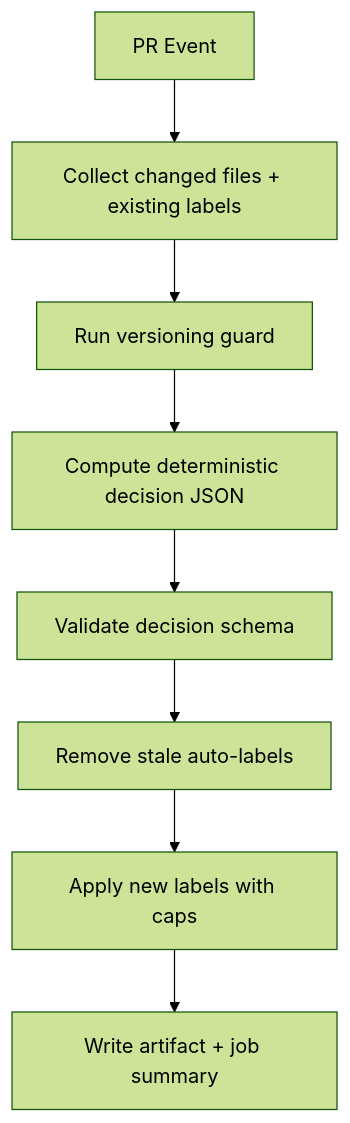
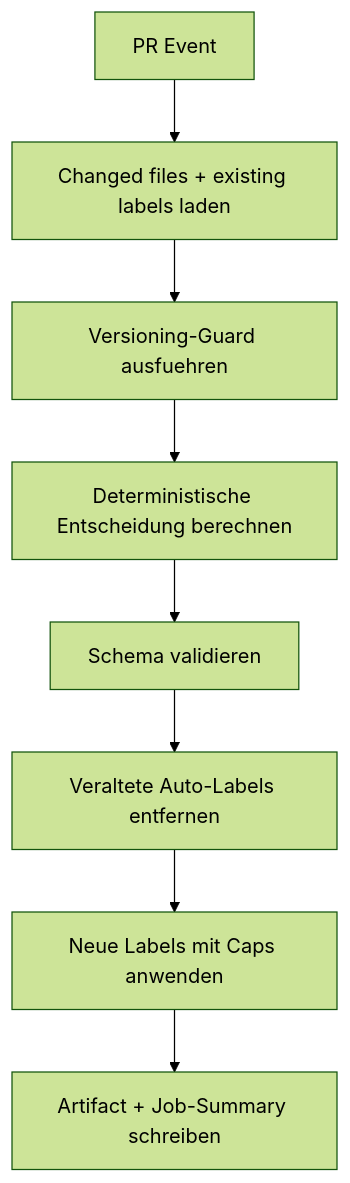
One commit to tomtastisch/FileClassifier changed the first of 4 diagrams in docs/AUTO_LABELING_AND_VERSIONING.md. Above: the diagram before and after it, drawn with Mermaid (forest theme). The commit also changed other lines of this file and 5 other files, not shown here.

````diff
--- a/docs/AUTO_LABELING_AND_VERSIONING.md
+++ b/docs/AUTO_LABELING_AND_VERSIONING.md
@@ -48,10 +46,10 @@
 ```mermaid
 flowchart TD
-  A["PR Event"] --> B["Collect changed files + existing labels"]
-  B --> C["Run versioning guard"]
-  C --> D["Compute deterministic decision JSON"]
-  D --> E["Validate decision schema"]
-  E --> F["Remove stale auto-labels"]
-  F --> G["Apply new labels with caps"]
-  G --> H["Write artifact + job summary"]
+  A["PR Event"] --> B["Changed files + existing labels laden"]
+  B --> C["Versioning-Guard ausfuehren"]
+  C --> D["Deterministische Entscheidung berechnen"]
+  D --> E["Schema validieren"]
+  E --> F["Veraltete Auto-Labels entfernen"]
+  F --> G["Neue Labels mit Caps anwenden"]
+  G --> H["Artifact + Job-Summary schreiben"]
 ```
````
